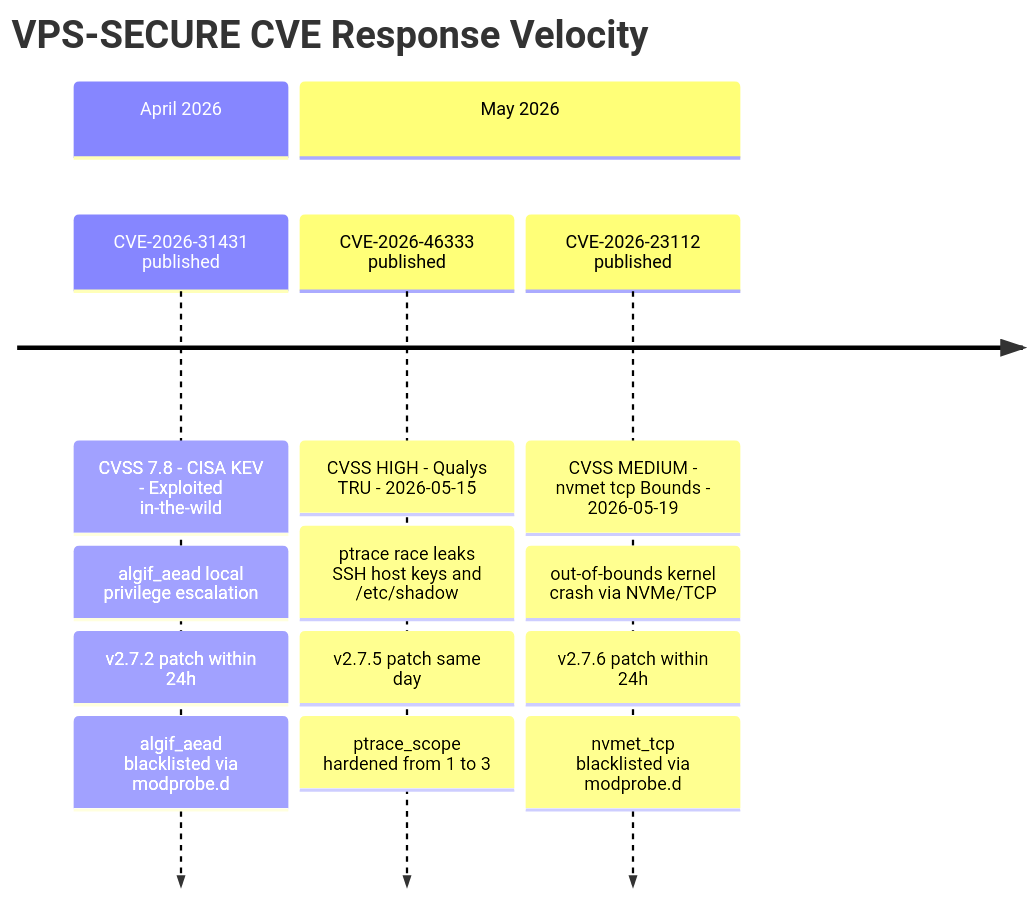
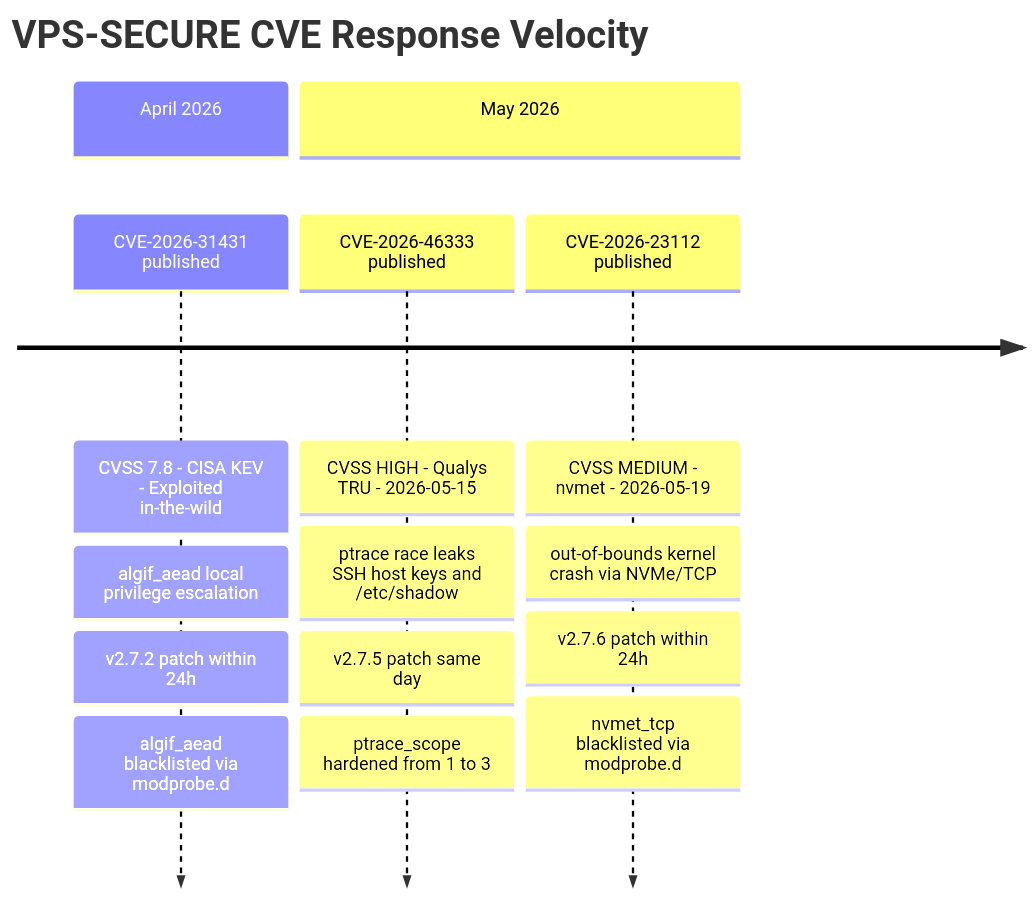
Before and after one commit to rockballslab/vps-secure: the second of 6 diagrams in README.md, drawn with Mermaid.

Commit message:
Fix formatting in CVE-2026-23112 entry

````diff
--- a/README.md
+++ b/README.md
@@ -203,18 +203,18 @@
 ```mermaid
 timeline
     title VPS-SECURE CVE Response Velocity
     section April 2026
         CVE-2026-31431 published : CVSS 7.8 - CISA KEV - Exploited in-the-wild
                                  : algif_aead local privilege escalation
                                  : v2.7.2 patch within 24h
                                  : algif_aead blacklisted via modprobe.d
     section May 2026
         CVE-2026-46333 published : CVSS HIGH - Qualys TRU - 2026-05-15
                                  : ptrace race leaks SSH host keys and /etc/shadow
                                  : v2.7.5 patch same day
                                  : ptrace_scope hardened from 1 to 3
-        CVE-2026-23112 published : CVSS MEDIUM - nvmet tcp Bounds - 2026-05-19
+        CVE-2026-23112 published : CVSS MEDIUM - nvmet - 2026-05-19
                                  : out-of-bounds kernel crash via NVMe/TCP
                                  : v2.7.6 patch within 24h
                                  : nvmet_tcp blacklisted via modprobe.d
 ```
````
